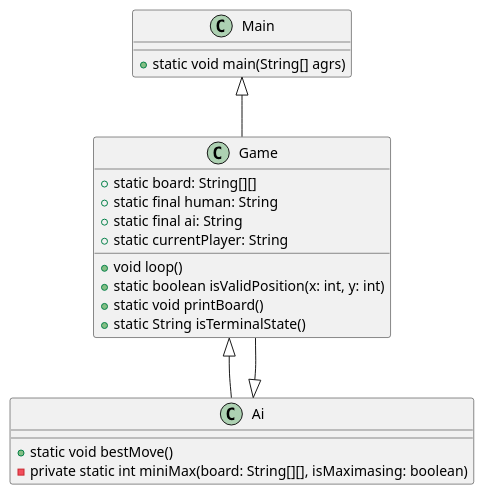
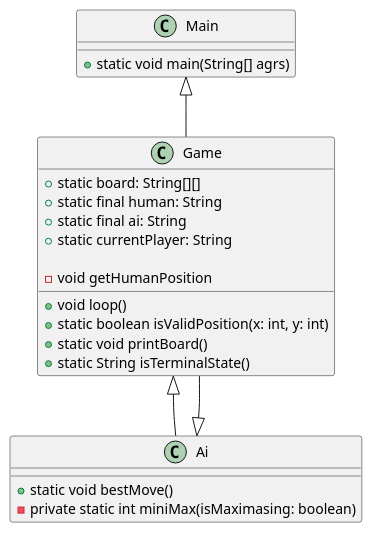
Before and after one commit to Raboro/TicTacToe-AI: the diagram in doc/classdiagram.md, drawn with PlantUML. The commit also changed 1 other file, not shown here.

Commit message:
class diagram

````diff
--- a/doc/classdiagram.md
+++ b/doc/classdiagram.md
@@ -1,32 +1,33 @@
 ```plantuml
 
 @startuml
 
 Main <|-- Game
 Ai <|-- Game
 Game <|-- Ai
 
 class Ai {
     + static void bestMove()
-    - private static int miniMax(board: String[][], isMaximasing: boolean)
+    - private static int miniMax(isMaximasing: boolean)
 }
 
 class Game {
     + static board: String[][]
     + static final human: String
     + static final ai: String
     + static currentPlayer: String
 
+    - void getHumanPosition
     + void loop()
     + static boolean isValidPosition(x: int, y: int)
     + static void printBoard()
     + static String isTerminalState()
 }
 
 class Main {
     + static void main(String[] agrs)
 }
 
 @enduml
 
 ```
````
